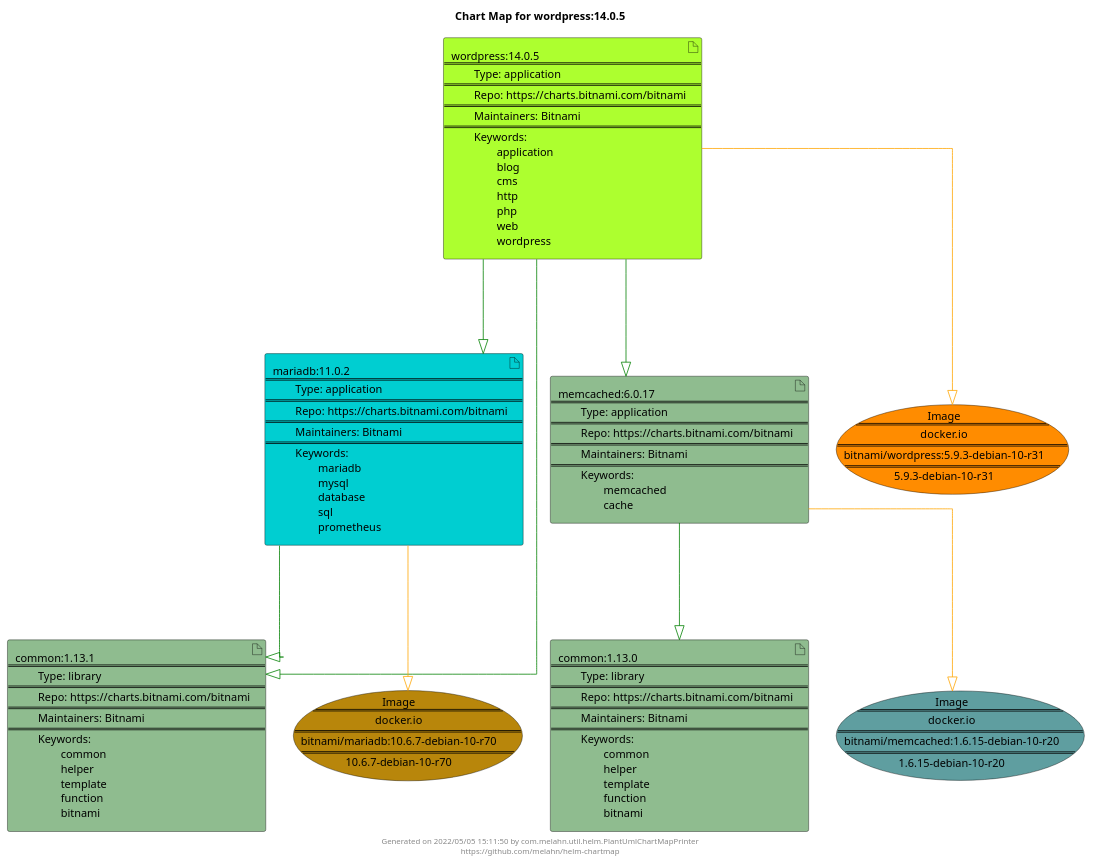
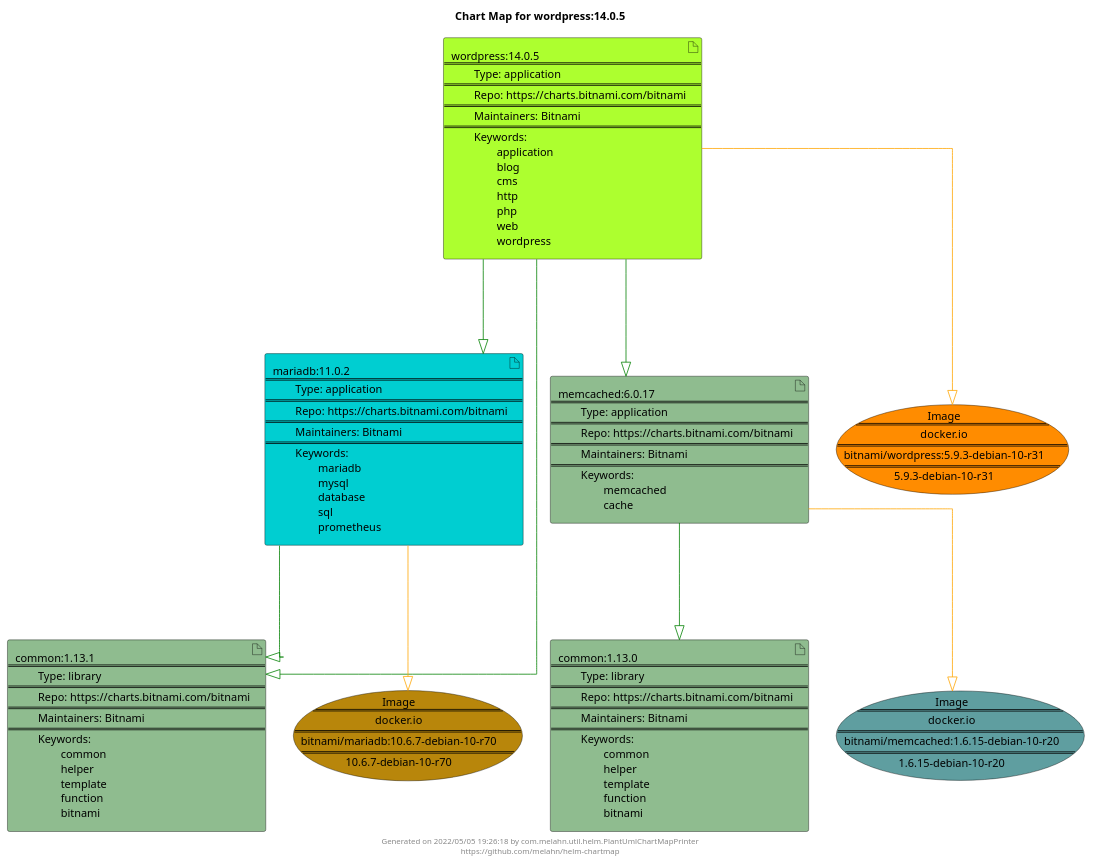
Before and after one commit to melahn/helm-chartmap: the diagram in docs/wordpress/wordpress-14.0.5.puml, drawn with PlantUML. The commit also changed 63 other files, not shown here.

Commit message:
Update Example Chart Maps as part of GitHub build

```diff
--- a/docs/wordpress/wordpress-14.0.5.puml
+++ b/docs/wordpress/wordpress-14.0.5.puml
@@ -1,34 +1,34 @@
 @startuml
 skinparam linetype ortho
 skinparam backgroundColor white
 skinparam usecaseBorderColor black
 skinparam usecaseArrowColor LightSlateGray
 skinparam artifactBorderColor black
 skinparam artifactArrowColor LightSlateGray
 
 title Chart Map for wordpress:14.0.5
 
 'There are 5 referenced Helm Charts
 artifact "common:1.13.1\n====\n\tType: library\n====\n\tRepo: https://charts.bitnami.com/bitnami\n====\n\tMaintainers: Bitnami\n====\n\tKeywords: \n\t\tcommon\n\t\thelper\n\t\ttemplate\n\t\tfunction\n\t\tbitnami" as common_1_13_1 #DarkSeaGreen
 artifact "wordpress:14.0.5\n====\n\tType: application\n====\n\tRepo: https://charts.bitnami.com/bitnami\n====\n\tMaintainers: Bitnami\n====\n\tKeywords: \n\t\tapplication\n\t\tblog\n\t\tcms\n\t\thttp\n\t\tphp\n\t\tweb\n\t\twordpress" as wordpress_14_0_5 #GreenYellow
 artifact "common:1.13.0\n====\n\tType: library\n====\n\tRepo: https://charts.bitnami.com/bitnami\n====\n\tMaintainers: Bitnami\n====\n\tKeywords: \n\t\tcommon\n\t\thelper\n\t\ttemplate\n\t\tfunction\n\t\tbitnami" as common_1_13_0 #DarkSeaGreen
 artifact "mariadb:11.0.2\n====\n\tType: application\n====\n\tRepo: https://charts.bitnami.com/bitnami\n====\n\tMaintainers: Bitnami\n====\n\tKeywords: \n\t\tmariadb\n\t\tmysql\n\t\tdatabase\n\t\tsql\n\t\tprometheus" as mariadb_11_0_2 #DarkTurquoise
 artifact "memcached:6.0.17\n====\n\tType: application\n====\n\tRepo: https://charts.bitnami.com/bitnami\n====\n\tMaintainers: Bitnami\n====\n\tKeywords: \n\t\tmemcached\n\t\tcache" as memcached_6_0_17 #DarkSeaGreen
 
 'There are 3 referenced Docker Images
 usecase "Image\n====\ndocker.io\n====\nbitnami/mariadb:10.6.7-debian-10-r70\n====\n10.6.7-debian-10-r70" as docker_io_bitnami_mariadb_10_6_7_debian_10_r70 #DarkGoldenRod
 usecase "Image\n====\ndocker.io\n====\nbitnami/wordpress:5.9.3-debian-10-r31\n====\n5.9.3-debian-10-r31" as docker_io_bitnami_wordpress_5_9_3_debian_10_r31 #Darkorange
 usecase "Image\n====\ndocker.io\n====\nbitnami/memcached:1.6.15-debian-10-r20\n====\n1.6.15-debian-10-r20" as docker_io_bitnami_memcached_1_6_15_debian_10_r20 #CadetBlue
 
 'Chart Dependencies
 wordpress_14_0_5--[#green]-|>memcached_6_0_17
 memcached_6_0_17--[#green]-|>common_1_13_0
+wordpress_14_0_5--[#green]-|>common_1_13_1
 wordpress_14_0_5--[#green]-|>mariadb_11_0_2
 mariadb_11_0_2--[#green]-|>common_1_13_1
-wordpress_14_0_5--[#green]-|>common_1_13_1
 wordpress_14_0_5--[#orange]-|>docker_io_bitnami_wordpress_5_9_3_debian_10_r31
 mariadb_11_0_2--[#orange]-|>docker_io_bitnami_mariadb_10_6_7_debian_10_r70
 memcached_6_0_17--[#orange]-|>docker_io_bitnami_memcached_1_6_15_debian_10_r20
 
-center footer Generated on 2022/05/05 15:11:50 by com.melahn.util.helm.PlantUmlChartMapPrinter\nhttps://github.com/melahn/helm-chartmap
+center footer Generated on 2022/05/05 19:26:18 by com.melahn.util.helm.PlantUmlChartMapPrinter\nhttps://github.com/melahn/helm-chartmap
 @enduml
```
